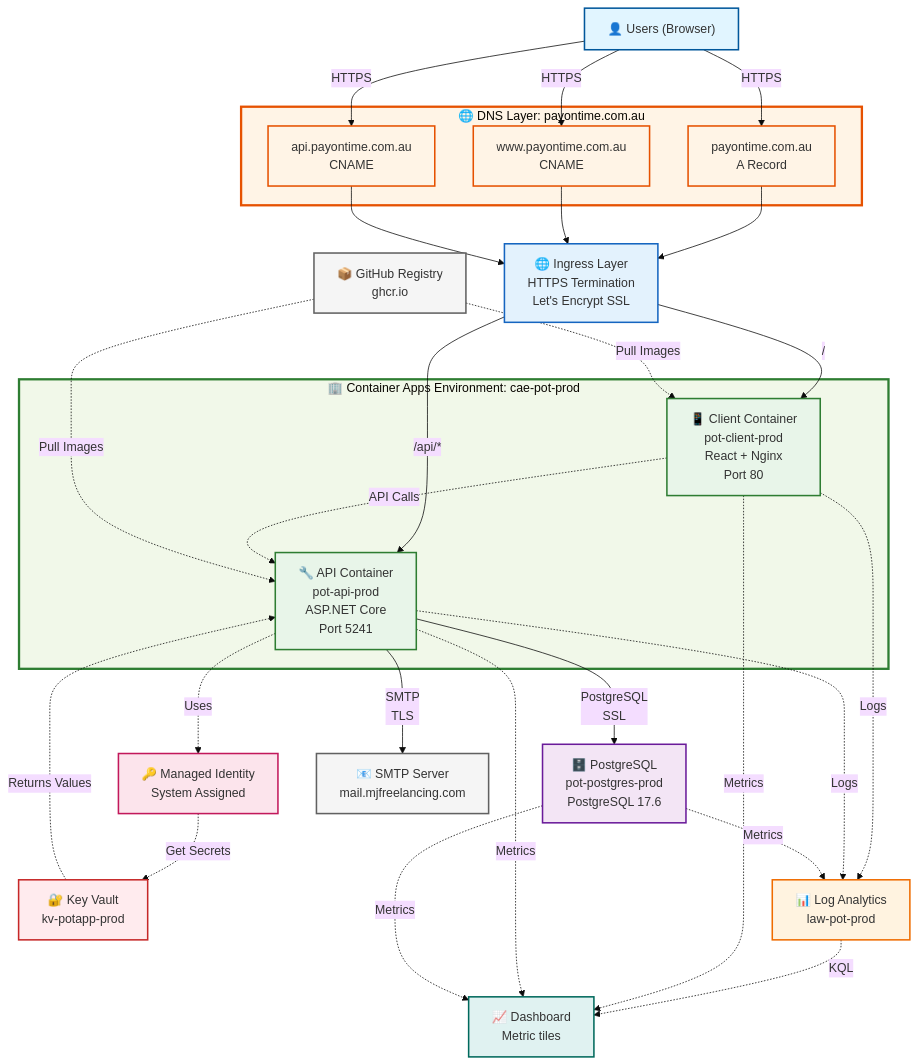
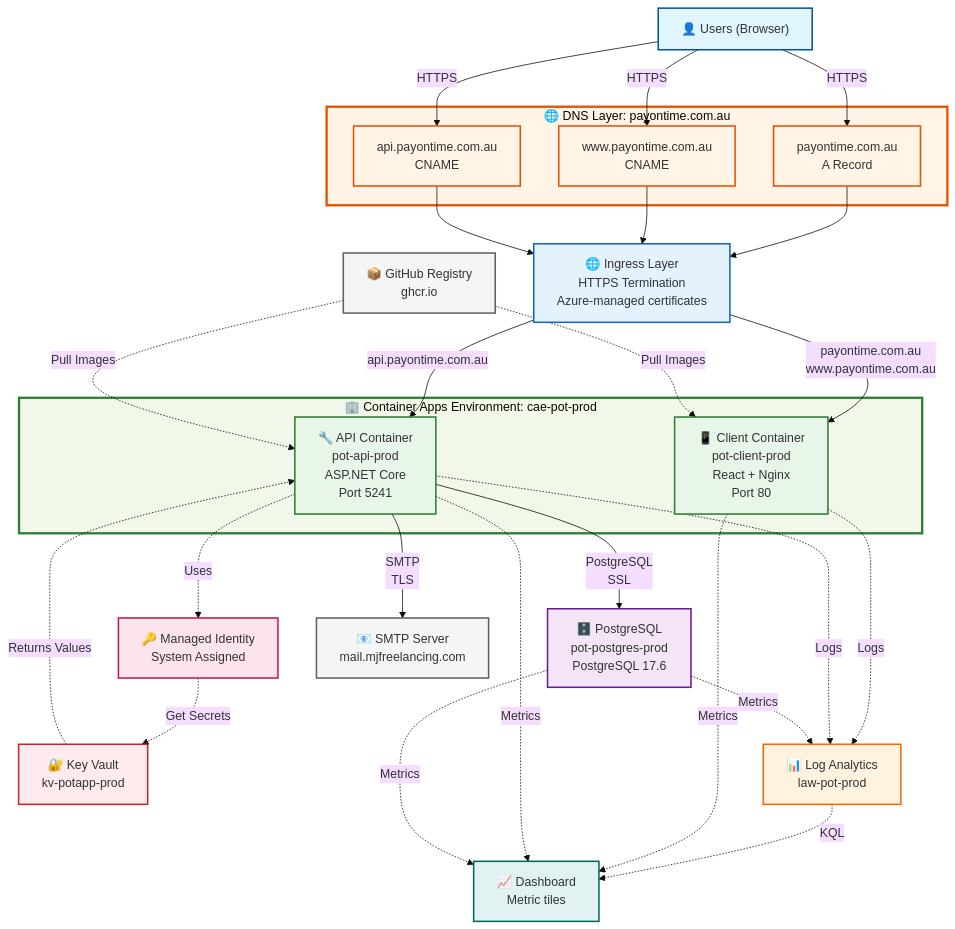
Before and after one commit to mjfreelancing/POT: the diagram in Docs/Azure/POT-Azure-Diagram.mmd, drawn with Mermaid. The commit also changed 13 other files, not shown here.

Commit message:
Updates related to certificates, API hostname, replica setting

```diff
--- a/Docs/Azure/POT-Azure-Diagram.mmd
+++ b/Docs/Azure/POT-Azure-Diagram.mmd
@@ -1,78 +1,76 @@
 %%{init: {'theme':'base', 'themeVariables': { 'fontSize':'16px'}}}%%
 graph TB
     Users["👤 Users (Browser)"]
     
     subgraph DNSLayer["🌐 DNS Layer: payontime.com.au"]
         Domain["payontime.com.au<br/>A Record"]
         WWW["www.payontime.com.au<br/>CNAME"]
         API["api.payontime.com.au<br/>CNAME"]
     end
     
-    Ingress["🌐 Ingress Layer<br/>HTTPS Termination<br/>Let's Encrypt SSL"]
+    Ingress["🌐 Ingress Layer<br/>HTTPS Termination<br/>Azure-managed certificates"]
     
     subgraph CAE["🏢 Container Apps Environment: cae-pot-prod"]
         Client["📱 Client Container<br/>pot-client-prod<br/>React + Nginx<br/>Port 80"]
         APIContainer["🔧 API Container<br/>pot-api-prod<br/>ASP.NET Core<br/>Port 5241"]
     end
     
     DB["🗄️ PostgreSQL<br/>pot-postgres-prod<br/>PostgreSQL 17.6"]
     
     KV["🔐 Key Vault<br/>kv-potapp-prod"]
     
     MI["🔑 Managed Identity<br/>System Assigned"]
     
     LAW["📊 Log Analytics<br/>law-pot-prod"]
     
     Dashboard["📈 Dashboard<br/>Metric tiles"]
     
     SMTP["📧 SMTP Server<br/>mail.mjfreelancing.com"]
     GHCR["📦 GitHub Registry<br/>ghcr.io"]
 
     Users -->|HTTPS| Domain
     Users -->|HTTPS| WWW
     Users -->|HTTPS| API
 
     Domain --> Ingress
     WWW --> Ingress
     API --> Ingress
 
-    Ingress -->|"/"| Client
-    Ingress -->|"/api/*"| APIContainer
-
-    Client -.->|API Calls| APIContainer
+    Ingress -->|"payontime.com.au<br/>www.payontime.com.au"| Client
+    Ingress -->|"api.payontime.com.au"| APIContainer
 
     APIContainer -->|PostgreSQL<br/>SSL| DB
     APIContainer -->|SMTP<br/>TLS| SMTP
 
     APIContainer -.->|Uses| MI
     MI -.->|Get Secrets| KV
     KV -.->|Returns Values| APIContainer
 
     Client -.->|Logs| LAW
     APIContainer -.->|Logs| LAW
     DB -.->|Metrics| LAW
 
     LAW -.->|KQL| Dashboard
     Client -.->|Metrics| Dashboard
     APIContainer -.->|Metrics| Dashboard
     DB -.->|Metrics| Dashboard
 
     GHCR -.->|Pull Images| Client
     GHCR -.->|Pull Images| APIContainer
 
     style Users fill:#e1f5ff,stroke:#01579b,stroke-width:2px
     style Domain fill:#fff4e6,stroke:#e65100,stroke-width:2px
     style WWW fill:#fff4e6,stroke:#e65100,stroke-width:2px
     style API fill:#fff4e6,stroke:#e65100,stroke-width:2px
     style Client fill:#e8f5e9,stroke:#2e7d32,stroke-width:2px
     style APIContainer fill:#e8f5e9,stroke:#2e7d32,stroke-width:2px
     style DB fill:#f3e5f5,stroke:#6a1b9a,stroke-width:2px
     style KV fill:#ffebee,stroke:#c62828,stroke-width:2px
     style LAW fill:#fff3e0,stroke:#ef6c00,stroke-width:2px
     style Dashboard fill:#e0f2f1,stroke:#00695c,stroke-width:2px
     style MI fill:#fce4ec,stroke:#c2185b,stroke-width:2px
     style SMTP fill:#f5f5f5,stroke:#616161,stroke-width:2px
     style GHCR fill:#f5f5f5,stroke:#616161,stroke-width:2px
     style Ingress fill:#e3f2fd,stroke:#1565c0,stroke-width:2px
     style CAE fill:#f1f8e9,stroke:#2e7d32,stroke-width:3px
     style DNSLayer fill:#fff4e6,stroke:#e65100,stroke-width:3px
```
